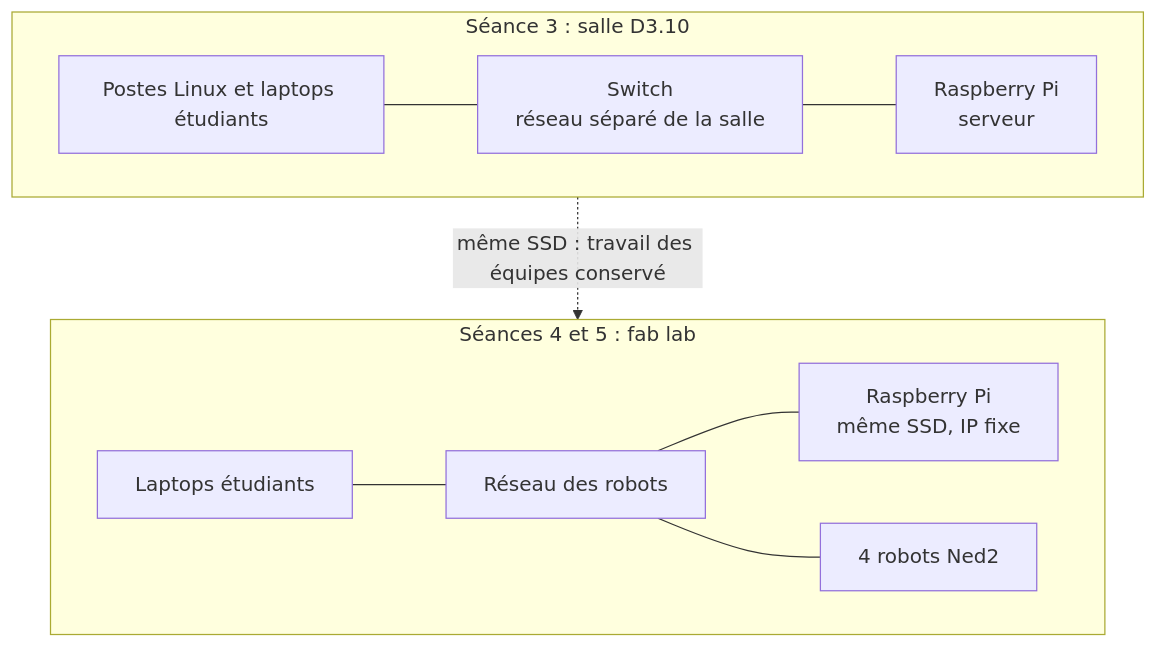
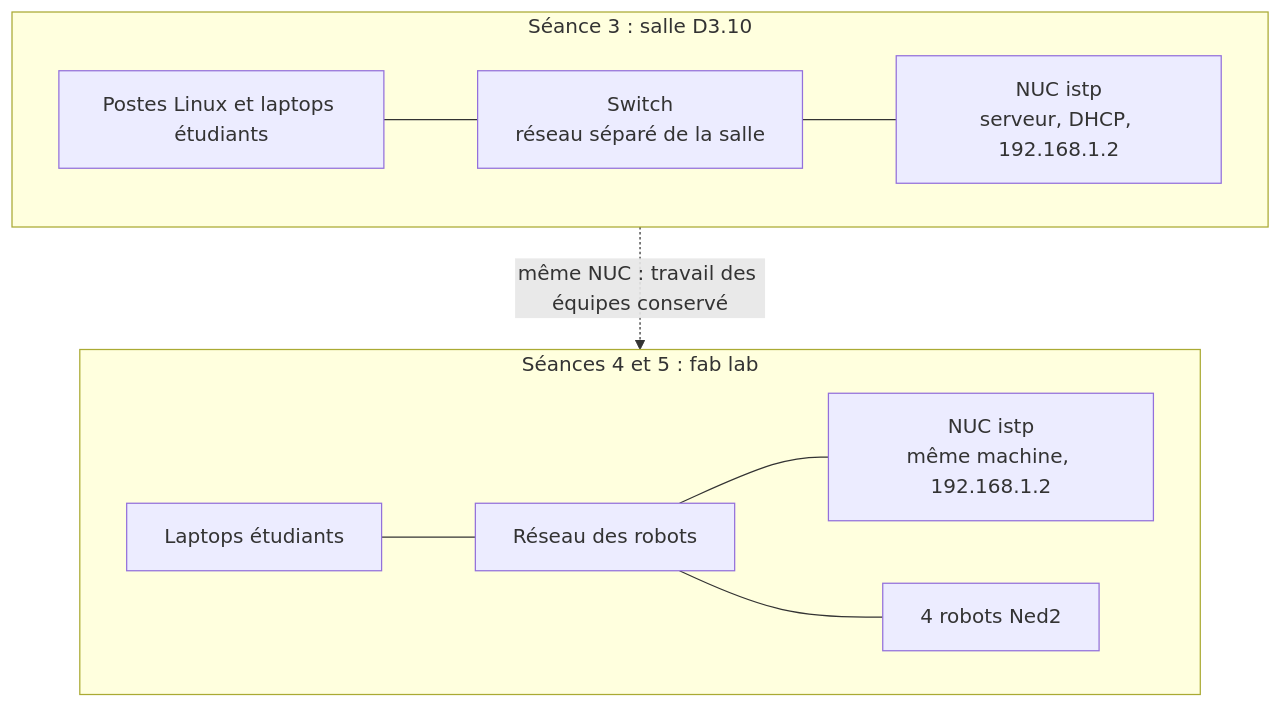
The fourth of 4 diagrams in progression_pedagogique/BACHINGE24.md (fabrice1618/niryo2), drawn with Mermaid before and after one commit. The commit also changed other lines of this file and 18 other files, not shown here.

First line of the commit message:
Serveur d'ISTP : NUC Celeron (Ubuntu Desktop, IP 192.168.1.2) à la place du Raspberry Pi

````diff
--- a/progression_pedagogique/BACHINGE24.md
+++ b/progression_pedagogique/BACHINGE24.md
@@ -442,15 +444,15 @@
 ```mermaid
 flowchart TB
     subgraph SALLE["Séance 3 : salle D3.10"]
         direction LR
         PE1["Postes Linux et laptops étudiants"] --- SW1["Switch<br/>réseau séparé de la salle"]
-        SW1 --- SV1["Raspberry Pi<br/>serveur"]
+        SW1 --- SV1["NUC istp<br/>serveur, DHCP, 192.168.1.2"]
     end
     subgraph FAB["Séances 4 et 5 : fab lab"]
         direction LR
         PE2["Laptops étudiants"] --- R2["Réseau des robots"]
-        R2 --- SV2["Raspberry Pi<br/>même SSD, IP fixe"]
+        R2 --- SV2["NUC istp<br/>même machine, 192.168.1.2"]
         R2 --- ROB["4 robots Ned2"]
     end
-    SALLE -. "même SSD : travail des équipes conservé" .-> FAB
+    SALLE -. "même NUC : travail des équipes conservé" .-> FAB
 ```
````
